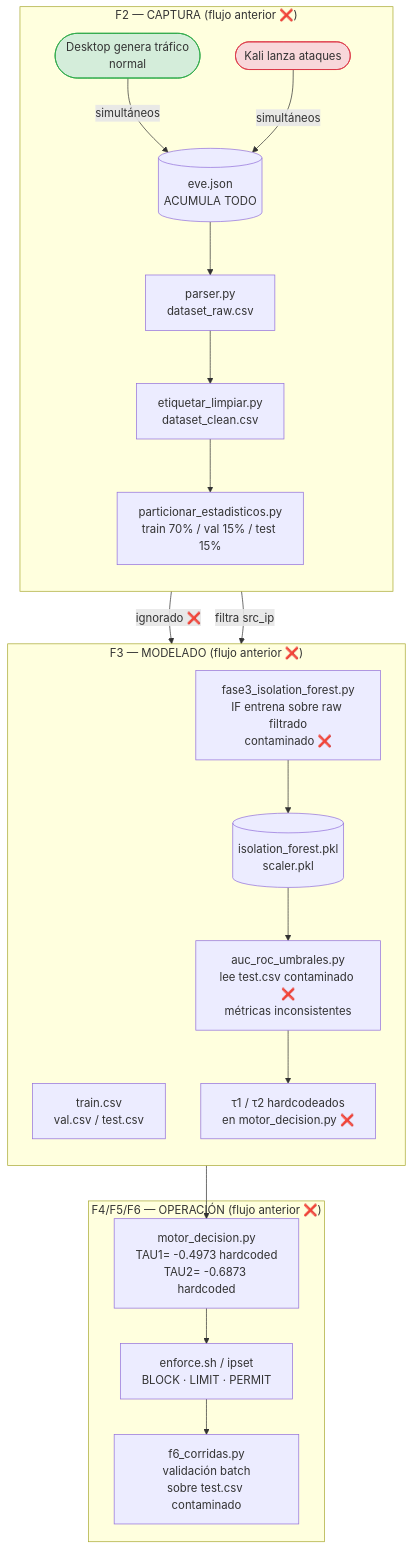
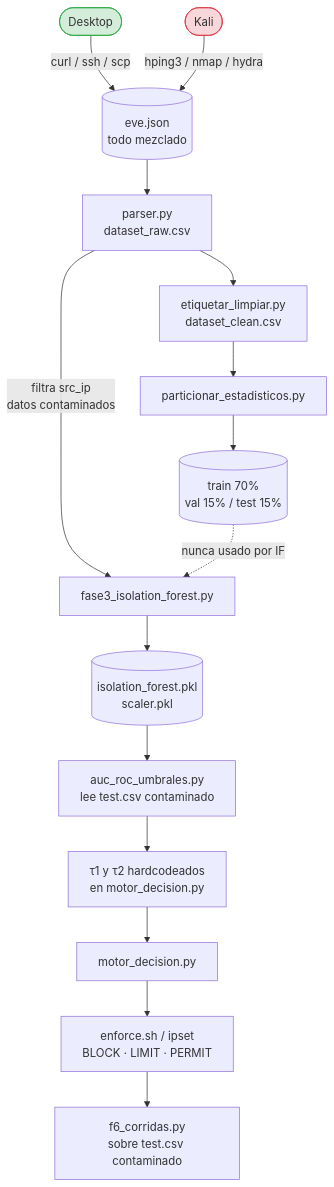
One commit to marksato13/PRODUCTO-_INGENIERL changed the first of 2 diagrams in docs/ppi_documentacion/METODOLOGIA_PIPELINE_COMPARATIVA.md. Above: the diagram before and after it, drawn with Mermaid. The commit also changed other lines of this file, not shown here.

First line of the commit message:
docs: corrige diagramas Mermaid y agrega justificación flujo anterior vs corregido

````diff
--- a/docs/ppi_documentacion/METODOLOGIA_PIPELINE_COMPARATIVA.md
+++ b/docs/ppi_documentacion/METODOLOGIA_PIPELINE_COMPARATIVA.md
@@ -31,33 +29,24 @@
 ```mermaid
 flowchart TD
-    subgraph CAPTURA["F2 — CAPTURA (flujo anterior ❌)"]
-        direction TB
-        A1([Desktop genera tráfico\nnormal]):::normal
-        A2([Kali lanza ataques]):::attack
-        A1 -->|simultáneos| EVE[(eve.json\nACUMULA TODO)]
-        A2 -->|simultáneos| EVE
-        EVE --> PARSER[parser.py\ndataset_raw.csv]
-        PARSER --> ETIQ[etiquetar_limpiar.py\ndataset_clean.csv]
-        ETIQ --> PART[particionar_estadisticos.py\ntrain 70% / val 15% / test 15%]
-    end
+    Desktop([Desktop]):::normal -->|curl / ssh / scp| EVE
+    Kali([Kali]):::attack    -->|hping3 / nmap / hydra| EVE
 
-    subgraph F3ANT["F3 — MODELADO (flujo anterior ❌)"]
-        direction TB
-        PART -->|ignorado ❌| TRAINCSV[train.csv\nval.csv / test.csv]
-        PARSER -->|filtra src_ip| IFANT[fase3_isolation_forest.py\nIF entrena sobre raw filtrado\ncontaminado ❌]
-        IFANT --> MODELANT[(isolation_forest.pkl\nscaler.pkl)]
-        MODELANT --> ROCANT[auc_roc_umbrales.py\nlee test.csv contaminado ❌\nmétricas inconsistentes]
-        ROCANT --> TAU_HARD[τ1 / τ2 hardcodeados\nen motor_decision.py ❌]
-    end
+    EVE[(eve.json\ntodo mezclado)] --> PAR[parser.py\ndataset_raw.csv]
+    PAR --> ETQ[etiquetar_limpiar.py\ndataset_clean.csv]
+    ETQ --> PRT[particionar_estadisticos.py]
+    PRT --> CSV[(train 70%\nval 15% / test 15%)]
 
-    subgraph F4ANT["F4/F5/F6 — OPERACIÓN (flujo anterior ❌)"]
-        TAU_HARD --> MOTOR[motor_decision.py\nTAU1= -0.4973 hardcoded\nTAU2= -0.6873 hardcoded]
-        MOTOR --> IPSET[enforce.sh / ipset\nBLOCK · LIMIT · PERMIT]
-        IPSET --> F6ANT[f6_corridas.py\nvalidación batch\nsobre test.csv contaminado]
-    end
+    PAR -->|filtra src_ip\ndatos contaminados| IFA[fase3_isolation_forest.py]
+    CSV -. nunca usado por IF .-> IFA
+
+    IFA --> PKL[(isolation_forest.pkl\nscaler.pkl)]
+    PKL --> ROC[auc_roc_umbrales.py\nlee test.csv contaminado]
+    ROC --> TAU[τ1 y τ2 hardcodeados\nen motor_decision.py]
+
+    TAU --> MOT[motor_decision.py]
+    MOT --> ENF[enforce.sh / ipset\nBLOCK · LIMIT · PERMIT]
+    ENF --> F6A[f6_corridas.py\nsobre test.csv contaminado]
 
     classDef normal fill:#d4edda,stroke:#28a745
     classDef attack fill:#f8d7da,stroke:#dc3545
-    classDef bad fill:#fff3cd,stroke:#ffc107
-    classDef model fill:#cce5ff,stroke:#004085
 ```
````
